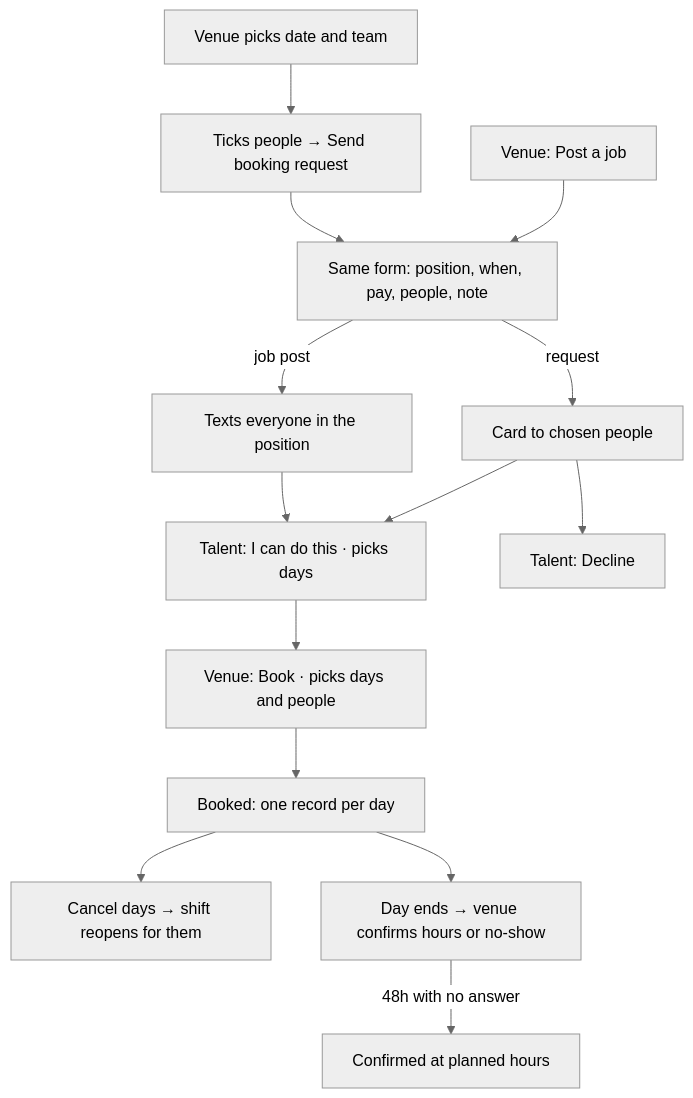
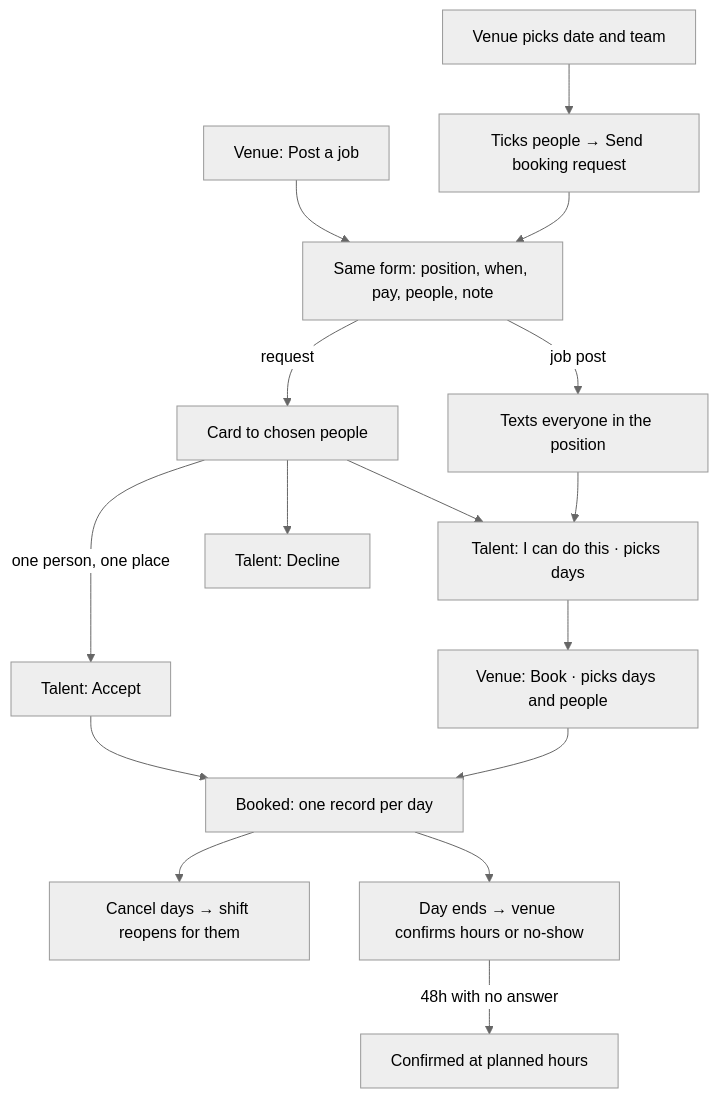
One commit to Envo-Entity/dyuknow changed the first of 2 diagrams in docs/mvp-user-flow.md. Above: the diagram before and after it, drawn with Mermaid (neutral theme). The commit also changed other lines of this file and 14 other files, not shown here.

First line of the commit message:
refactor(preview): accept books single-person requests, close declined asks, trim MVP scope

````diff
--- a/docs/mvp-user-flow.md
+++ b/docs/mvp-user-flow.md
@@ -102,16 +104,18 @@
 ```mermaid
 flowchart TD
     A[Venue picks date and team] --> B[Ticks people → Send booking request]
     P[Venue: Post a job] --> F
     B --> F[Same form: position, when, pay, people, note]
     F -->|request| R[Card to chosen people]
     F -->|job post| J[Texts everyone in the position]
     R --> Y[Talent: I can do this · picks days]
+    R -->|one person, one place| AC[Talent: Accept]
+    AC --> BK
     J --> Y
     R --> D[Talent: Decline]
     Y --> K[Venue: Book · picks days and people]
     K --> BK[Booked: one record per day]
     BK --> C[Cancel days → shift reopens for them]
     BK --> H[Day ends → venue confirms hours or no-show]
     H -->|48h with no answer| W[Confirmed at planned hours]
 ```
````
